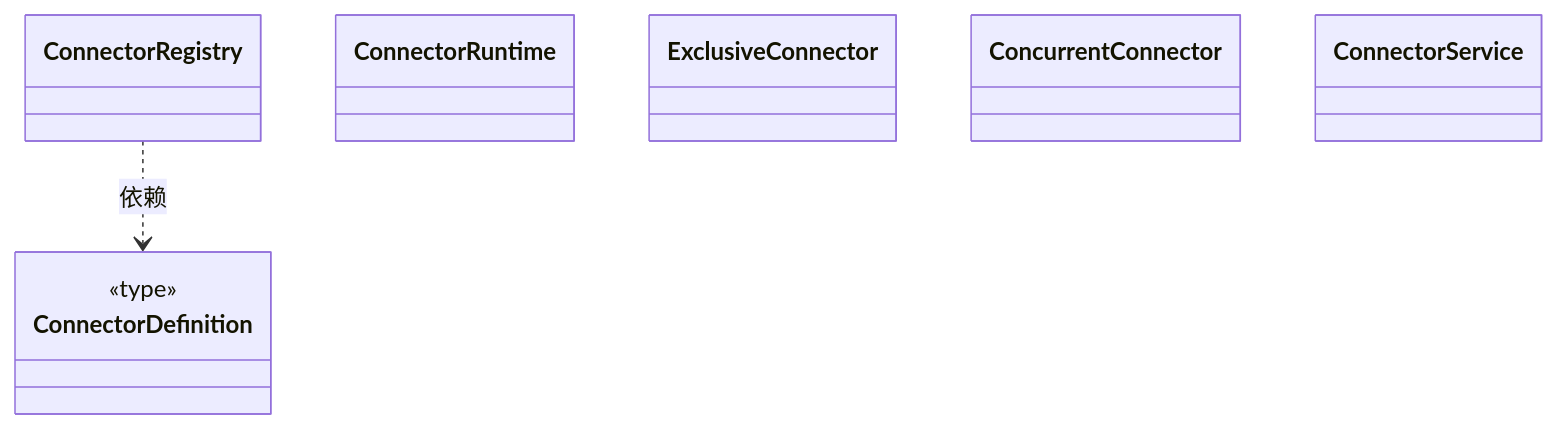
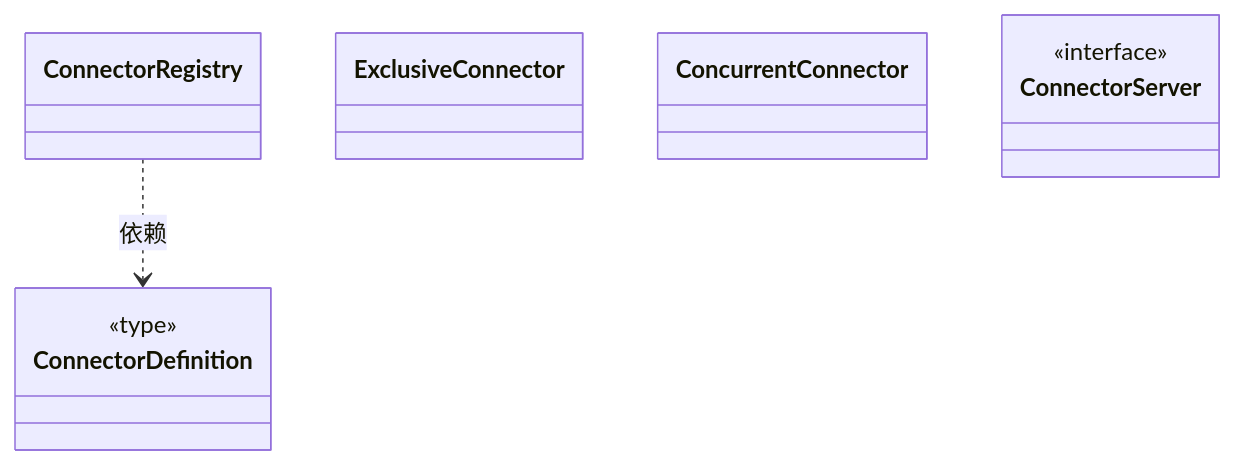
One commit to nan023062/cbim changed the diagram in src/framework/connectors/ARCHITECTURE.md. Above: the diagram before and after it, drawn with Mermaid. The commit also changed other lines of this file and 113 other files, not shown here.

````diff
--- a/src/framework/connectors/ARCHITECTURE.md
+++ b/src/framework/connectors/ARCHITECTURE.md
@@ -24,18 +23,18 @@
 ```mermaid
 classDiagram
 class N_60f0ed0c4416["ConnectorDefinition"] {
   <<type>>
 }
 click N_60f0ed0c4416 href "definition.ts"
 class N_5cfcf07d551b["ConnectorRegistry"]
 click N_5cfcf07d551b href "registry.ts"
-class N_cafd6f96c05c["ConnectorRuntime"]
-click N_cafd6f96c05c href "runtime.ts"
 class N_228eec79ddf7["ExclusiveConnector"]
 click N_228eec79ddf7 href "connector.ts"
 class N_89453caaa7dd["ConcurrentConnector"]
 click N_89453caaa7dd href "connector.ts"
-class N_b6ec811fb68c["ConnectorService"]
-click N_b6ec811fb68c href "service.ts"
+class N_0b9dcdcbc12d["ConnectorServer"] {
+  <<interface>>
+}
+click N_0b9dcdcbc12d href "service.ts"
 N_5cfcf07d551b ..> N_60f0ed0c4416 : 依赖
 ```
````
